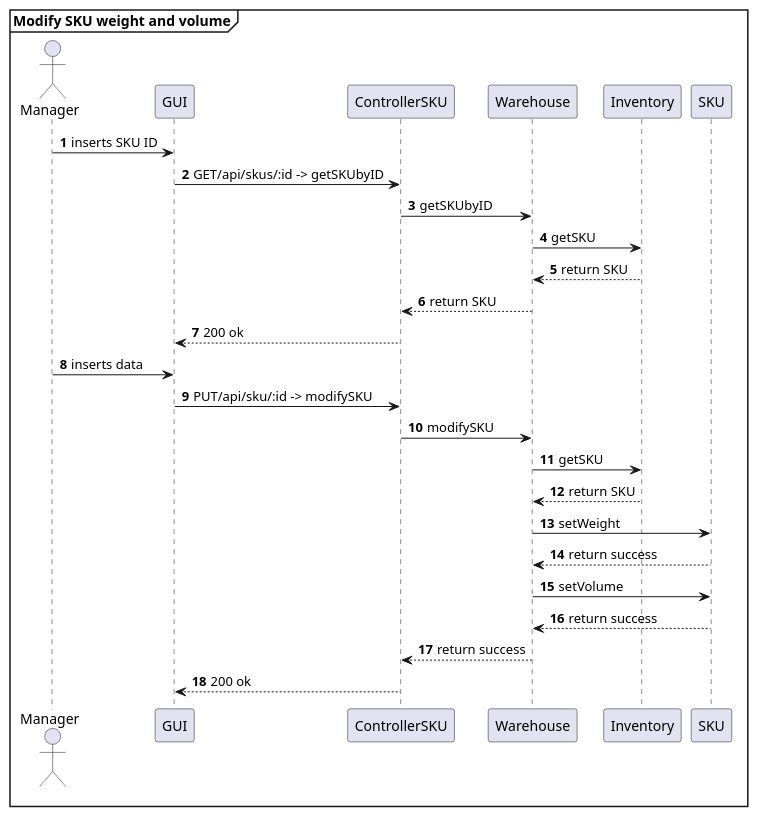
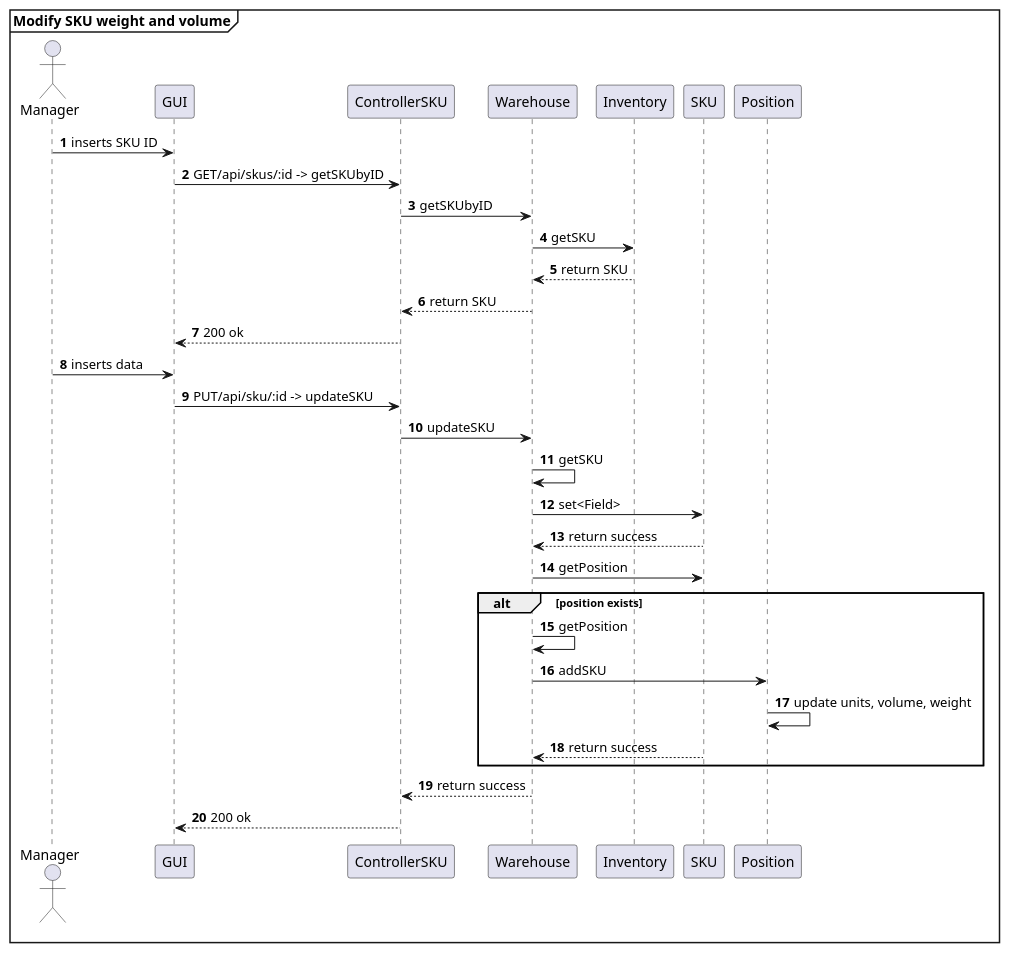
One commit to AlexZampa/EzWh changed the fifth of 32 diagrams in DesignDocument.md. Above: the diagram before and after it, drawn with PlantUML. The commit also changed other lines of this file, not shown here.

Commit message:
Edit UC 1

````diff
--- a/DesignDocument.md
+++ b/DesignDocument.md
@@ -566,32 +565,36 @@
 ```plantuml
 mainframe **Modify SKU weight and volume**
 actor Manager
 participant GUI
 participant ControllerSKU
 participant Warehouse
 participant Inventory
 participant SKU
 
 autonumber
 Manager -> GUI : inserts SKU ID
 GUI -> ControllerSKU :  GET/api/skus/:id -> getSKUbyID
 ControllerSKU -> Warehouse : getSKUbyID
 Warehouse -> Inventory : getSKU
 Warehouse <-- Inventory : return SKU
 ControllerSKU <-- Warehouse : return SKU
 GUI <-- ControllerSKU : 200 ok
 
 Manager -> GUI : inserts data
-GUI -> ControllerSKU : PUT/api/sku/:id -> modifySKU
-ControllerSKU -> Warehouse : modifySKU
-Warehouse -> Inventory : getSKU
-Warehouse <-- Inventory : return SKU
-Warehouse -> SKU : setWeight
-Warehouse <-- SKU : return success
-Warehouse -> SKU : setVolume
-Warehouse <-- SKU : return success
+GUI -> ControllerSKU : PUT/api/sku/:id -> updateSKU
+  ControllerSKU -> Warehouse : updateSKU
+  Warehouse -> Warehouse : getSKU
+  Warehouse -> SKU : set<Field>
+  Warehouse <-- SKU : return success
+  Warehouse -> SKU : getPosition
+  alt position exists
+    Warehouse -> Warehouse : getPosition
+    Warehouse -> Position : addSKU
+    Position -> Position : update units, volume, weight
+    Warehouse <-- SKU : return success
+  end alt  
 ControllerSKU <-- Warehouse : return success
 GUI <-- ControllerSKU : 200 ok
 
 @enduml
 ```
````
